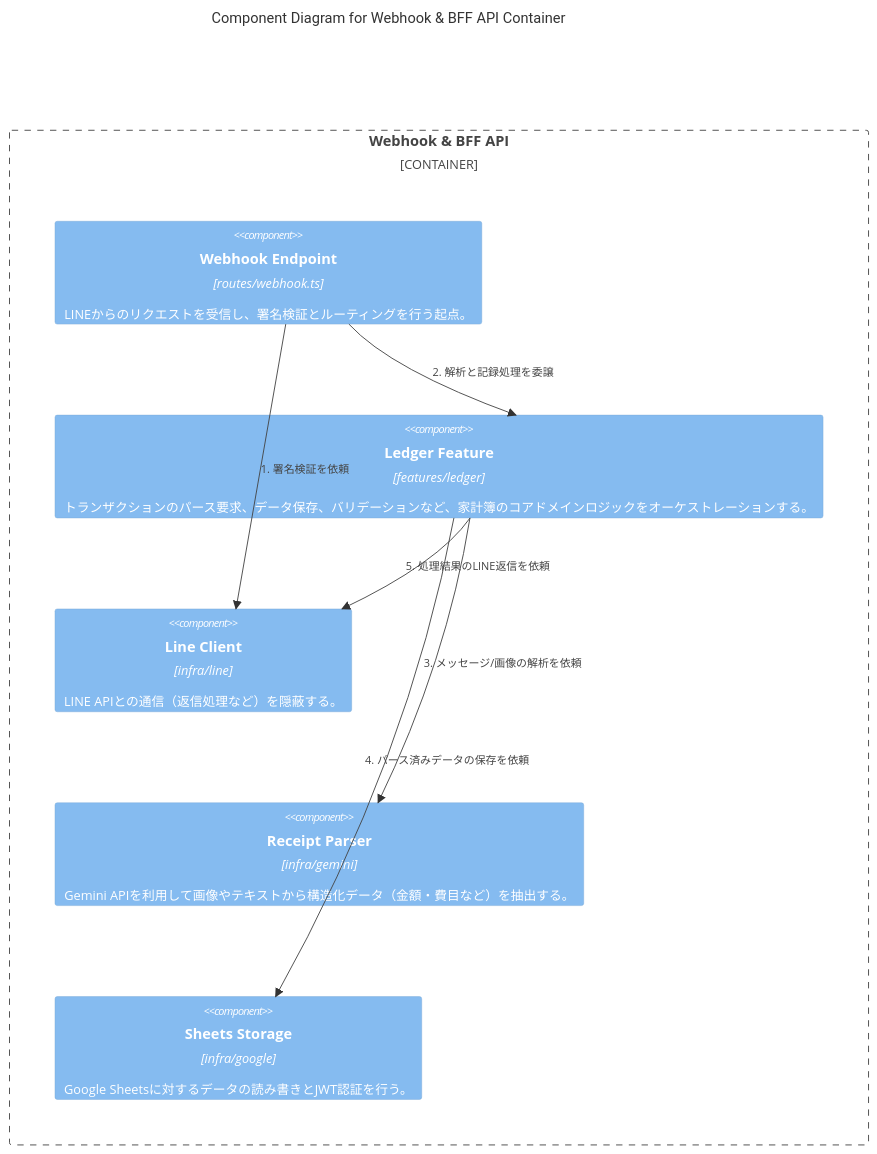
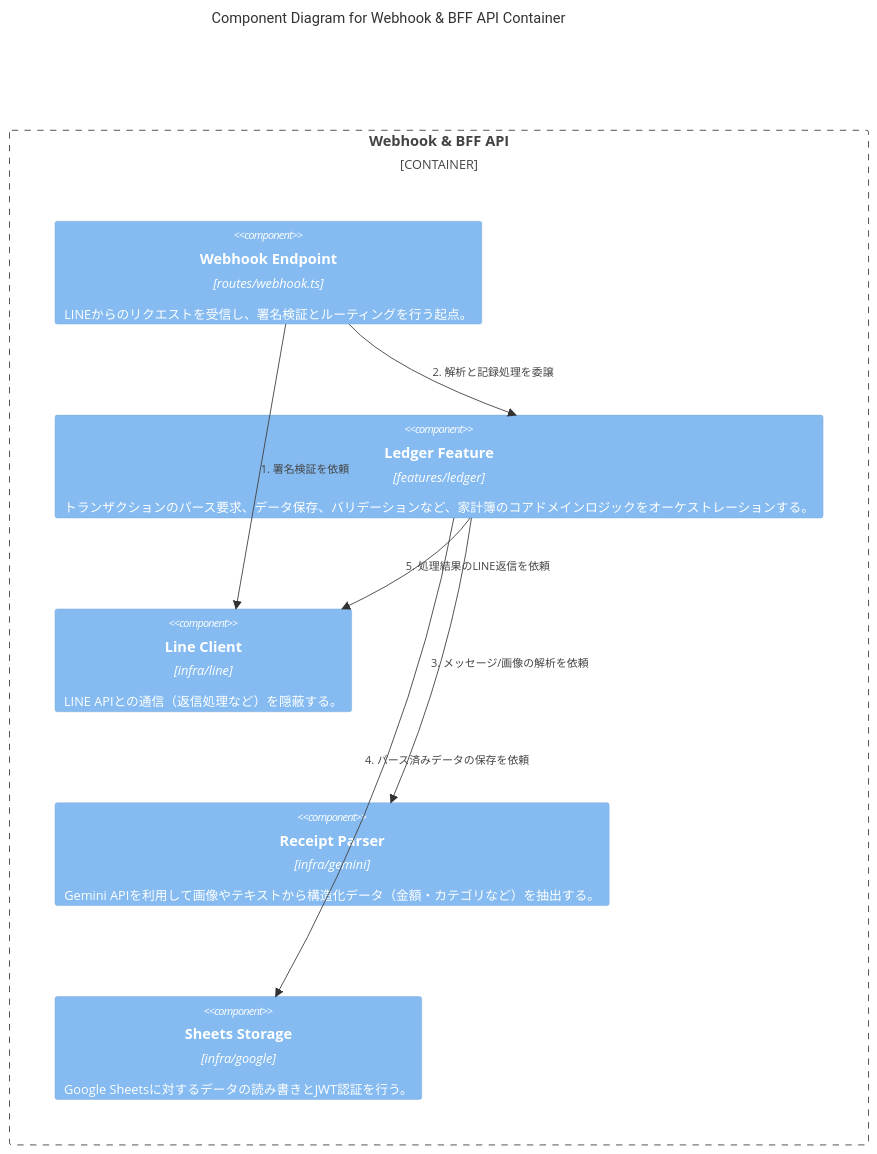
One commit to yotarotsukada/kakeibot changed the third of 3 diagrams in docs/C4.md. Above: the diagram before and after it, drawn with Mermaid. The commit also changed 28 other files, not shown here.

````diff
--- a/docs/C4.md
+++ b/docs/C4.md
@@ -50,20 +50,20 @@
 ```mermaid
 C4Component
   title Component Diagram for Webhook & BFF API Container
 
   Container_Boundary(api_boundary, "Webhook & BFF API") {
     Component(webhook_endpoint, "Webhook Endpoint", "routes/webhook.ts", "LINEからのリクエストを受信し、署名検証とルーティングを行う起点。")
     Component(ledger_feature, "Ledger Feature", "features/ledger", "トランザクションのパース要求、データ保存、バリデーションなど、家計簿のコアドメインロジックをオーケストレーションする。")
     
     Component(line_client, "Line Client", "infra/line", "LINE APIとの通信（返信処理など）を隠蔽する。")
-    Component(receipt_parser, "Receipt Parser", "infra/gemini", "Gemini APIを利用して画像やテキストから構造化データ（金額・費目など）を抽出する。")
+    Component(receipt_parser, "Receipt Parser", "infra/gemini", "Gemini APIを利用して画像やテキストから構造化データ（金額・カテゴリなど）を抽出する。")
     Component(sheets_storage, "Sheets Storage", "infra/google", "Google Sheetsに対するデータの読み書きとJWT認証を行う。")
   }
 
   Rel(webhook_endpoint, line_client, "1. 署名検証を依頼")
   Rel(webhook_endpoint, ledger_feature, "2. 解析と記録処理を委譲")
   
   Rel(ledger_feature, receipt_parser, "3. メッセージ/画像の解析を依頼")
   Rel(ledger_feature, sheets_storage, "4. パース済みデータの保存を依頼")
   Rel(ledger_feature, line_client, "5. 処理結果のLINE返信を依頼")
 ```
````
